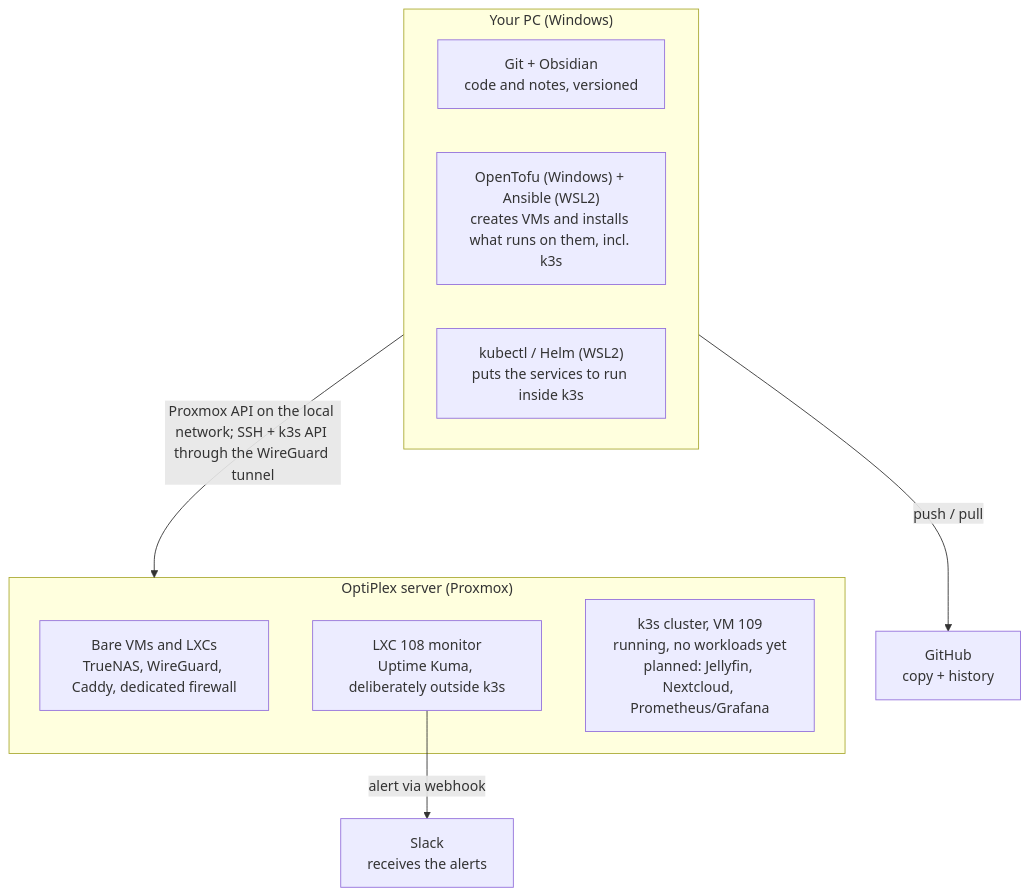
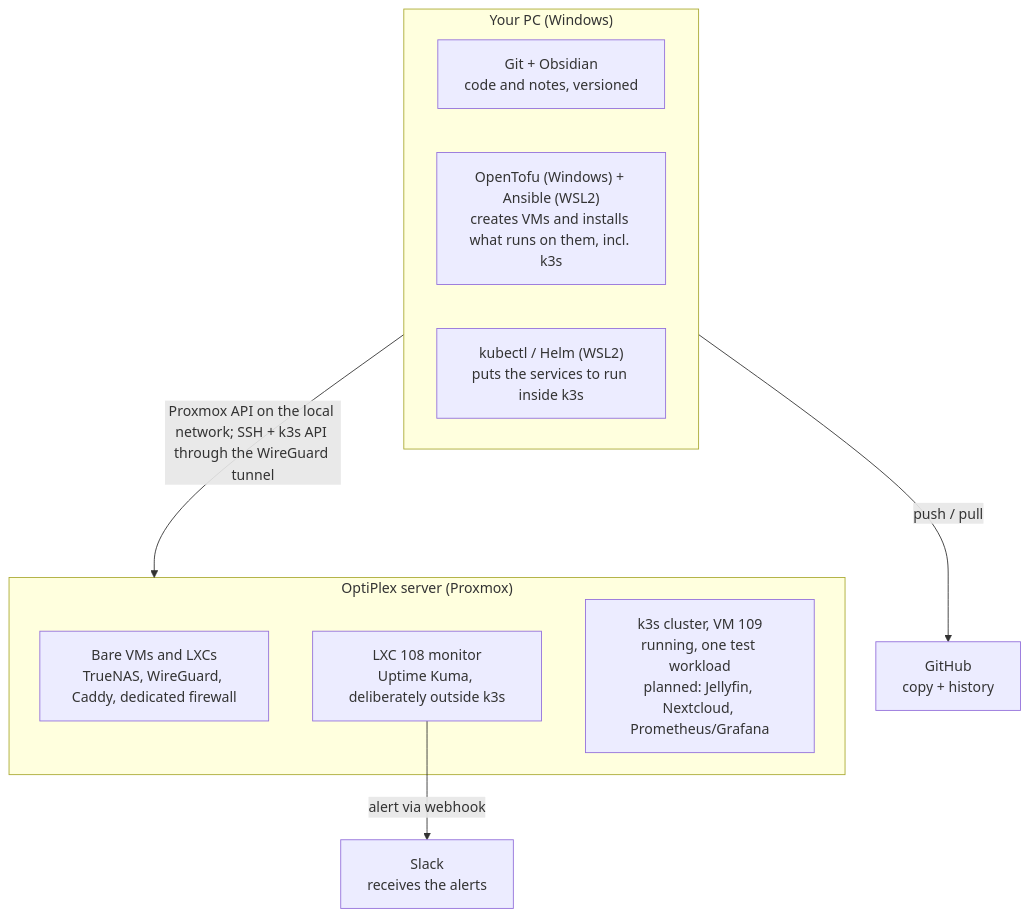
Before and after one commit to RuiGRMargarido/homelab: the diagram in docs/WORKFLOW.md, drawn with Mermaid. The commit also changed 7 other files, not shown here.

````diff
--- a/docs/WORKFLOW.md
+++ b/docs/WORKFLOW.md
@@ -10,22 +10,22 @@
 ```mermaid
 graph TB
     GH[GitHub<br/>copy + history]
 
     subgraph PC["Your PC (Windows)"]
         GO["Git + Obsidian<br/>code and notes, versioned"]
         TA["OpenTofu (Windows) + Ansible (WSL2)<br/>creates VMs and installs what runs on them, incl. k3s"]
         KH["kubectl / Helm (WSL2)<br/>puts the services to run inside k3s"]
     end
 
     subgraph OP["OptiPlex server (Proxmox)"]
         PVM["Bare VMs and LXCs<br/>TrueNAS, WireGuard, Caddy, dedicated firewall"]
         UK["LXC 108 monitor<br/>Uptime Kuma, deliberately outside k3s"]
-        K3S["k3s cluster, VM 109<br/>running, no workloads yet<br/>planned: Jellyfin, Nextcloud, Prometheus/Grafana"]
+        K3S["k3s cluster, VM 109<br/>running, one test workload<br/>planned: Jellyfin, Nextcloud, Prometheus/Grafana"]
     end
 
     SL[Slack<br/>receives the alerts]
 
     PC -- "push / pull" --> GH
     PC -- "Proxmox API on the local network; SSH + k3s API through the WireGuard tunnel" --> OP
     UK -- "alert via webhook" --> SL
 ```
````
